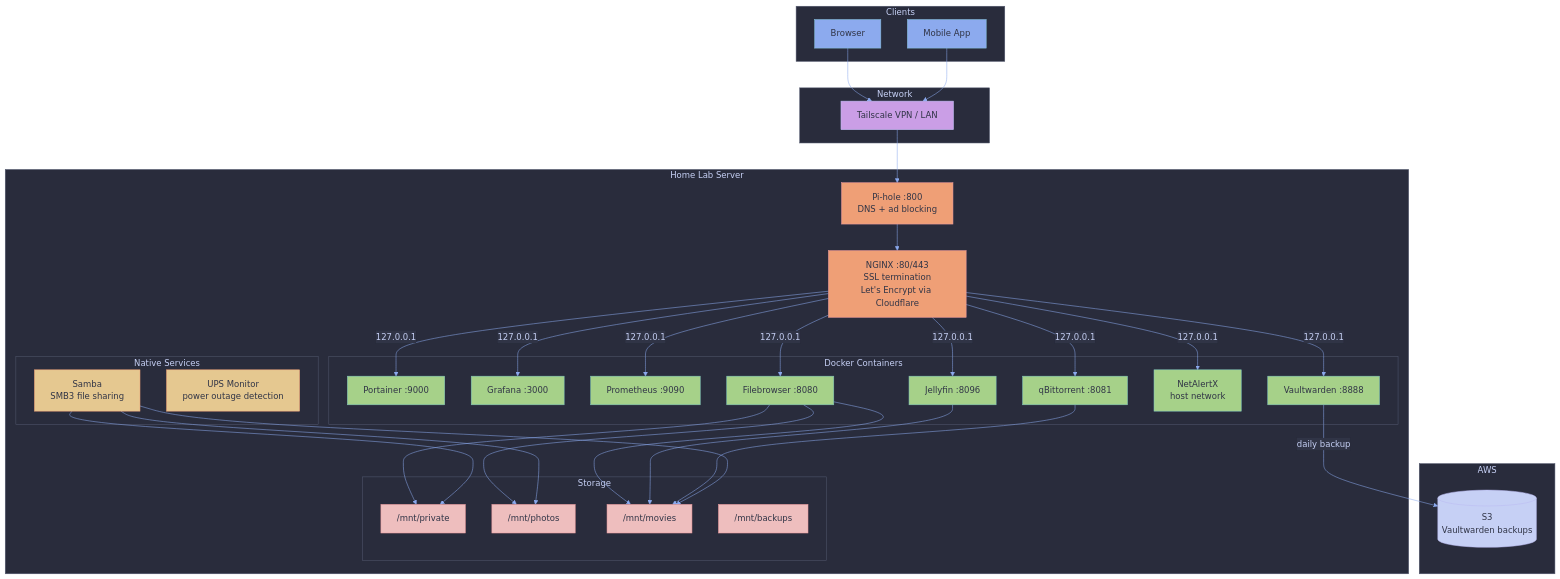
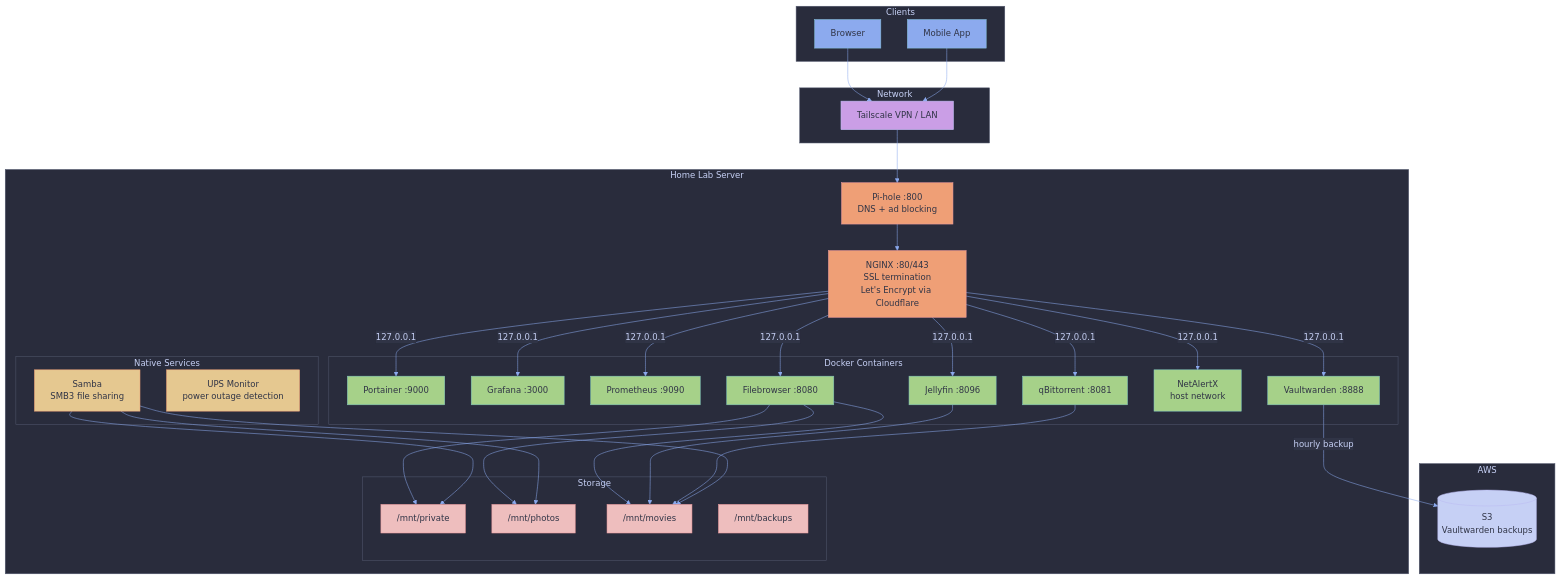
Before and after one commit to denesbeck/home-lab-ansible: the diagram in README.md, drawn with Mermaid. The commit also changed other lines of this file and 15 other files, not shown here.

````diff
--- a/README.md
+++ b/README.md
@@ -28,75 +28,75 @@
 ```mermaid
 %%{init: {'theme': 'base', 'themeVariables': {'primaryColor': '#414559', 'primaryTextColor': '#c6d0f5', 'primaryBorderColor': '#51576d', 'lineColor': '#8caaee', 'secondaryColor': '#414559', 'tertiaryColor': '#414559', 'mainBkg': '#303446', 'nodeBorder': '#51576d', 'clusterBkg': '#292c3c', 'clusterBorder': '#51576d', 'titleColor': '#c6d0f5', 'edgeLabelBackground': '#303446'}}}%%
 graph TD
     subgraph Clients
         A1[Browser]
         A2[Mobile App]
     end
 
     subgraph Network
         B[Tailscale VPN / LAN]
     end
 
     subgraph Home Lab Server
         C[Pi-hole :800<br/>DNS + ad blocking]
         D[NGINX :80/443<br/>SSL termination<br/>Let's Encrypt via Cloudflare]
 
         subgraph Docker Containers
             E1[Portainer :9000]
             E2[Grafana :3000]
             E3[Prometheus :9090]
             E4[qBittorrent :8081]
             E5[Filebrowser :8080]
             E6[Jellyfin :8096]
             E7[NetAlertX<br/>host network]
             E8[Vaultwarden :8888]
         end
 
         subgraph Native Services
             F1[Samba<br/>SMB3 file sharing]
             F2[UPS Monitor<br/>power outage detection]
         end
 
         subgraph Storage
             G1["/mnt/private"]
             G2["/mnt/photos"]
             G3["/mnt/movies"]
             G4["/mnt/backups"]
         end
     end
 
     subgraph AWS
         H[(S3<br/>Vaultwarden backups)]
     end
 
     A1 & A2 --> B
     B --> C
     C --> D
     D -->|127.0.0.1| E1 & E2 & E3 & E4 & E5 & E6 & E7 & E8
     E5 --> G1 & G2 & G3
     E6 --> G3
     E4 --> G3
     F1 --> G1 & G2 & G3
-    E8 -->|daily backup| H
+    E8 -->|hourly backup| H
 
     style A1 fill:#8caaee,stroke:#85c1dc,color:#303446
     style A2 fill:#8caaee,stroke:#85c1dc,color:#303446
     style B fill:#ca9ee6,stroke:#babbf1,color:#303446
     style C fill:#ef9f76,stroke:#ea999c,color:#303446
     style D fill:#ef9f76,stroke:#ea999c,color:#303446
     style E1 fill:#a6d189,stroke:#81c8be,color:#303446
     style E2 fill:#a6d189,stroke:#81c8be,color:#303446
     style E3 fill:#a6d189,stroke:#81c8be,color:#303446
     style E4 fill:#a6d189,stroke:#81c8be,color:#303446
     style E5 fill:#a6d189,stroke:#81c8be,color:#303446
     style E6 fill:#a6d189,stroke:#81c8be,color:#303446
     style E7 fill:#a6d189,stroke:#81c8be,color:#303446
     style E8 fill:#a6d189,stroke:#81c8be,color:#303446
     style F1 fill:#e5c890,stroke:#ef9f76,color:#303446
     style F2 fill:#e5c890,stroke:#ef9f76,color:#303446
     style G1 fill:#eebebe,stroke:#ea999c,color:#303446
     style G2 fill:#eebebe,stroke:#ea999c,color:#303446
     style G3 fill:#eebebe,stroke:#ea999c,color:#303446
     style G4 fill:#eebebe,stroke:#ea999c,color:#303446
     style H fill:#c6d0f5,stroke:#babbf1,color:#303446
 ```
````
